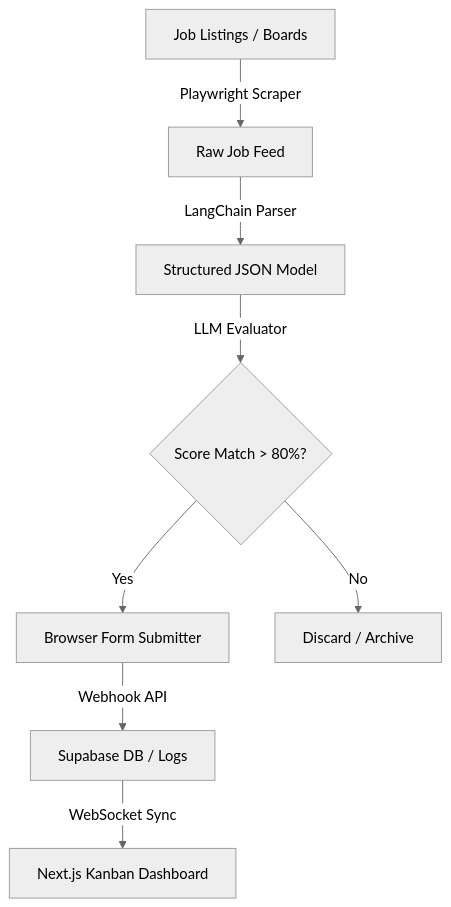
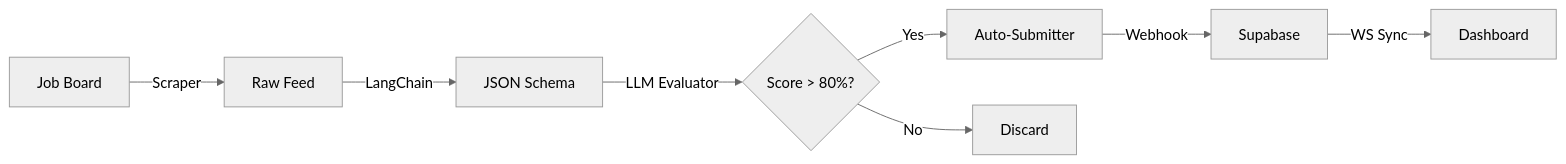
The first of 4 diagrams in README.md (Rishabh02104/Rishabh02104), drawn with Mermaid (neutral theme) before and after one commit. The commit also changed other lines of this file and 1 other file, not shown here.

Commit message:
fix: adjust foreignObject height in projects.svg to prevent text clip and add CareerForge/SecureVoting LR flowcharts

````diff
--- a/README.md
+++ b/README.md
@@ -83,10 +83,10 @@
 ```mermaid
-graph TD
-  A[Job Listings / Boards] -->|Playwright Scraper| B[Raw Job Feed]
-  B -->|LangChain Parser| C[Structured JSON Model]
-  C -->|LLM Evaluator| D{Score Match > 80%?}
-  D -->|Yes| E[Browser Form Submitter]
-  D -->|No| F[Discard / Archive]
-  E -->|Webhook API| G[Supabase DB / Logs]
-  G -->|WebSocket Sync| H[Next.js Kanban Dashboard]
+graph LR
+  Board[Job Board] -->|Scraper| Feed[Raw Feed]
+  Feed -->|LangChain| JSON[JSON Schema]
+  JSON -->|LLM Evaluator| Score{Score > 80%?}
+  Score -->|Yes| Form[Auto-Submitter]
+  Score -->|No| Discard[Discard]
+  Form -->|Webhook| DB[Supabase]
+  DB -->|WS Sync| Dash[Dashboard]
 ```
````
